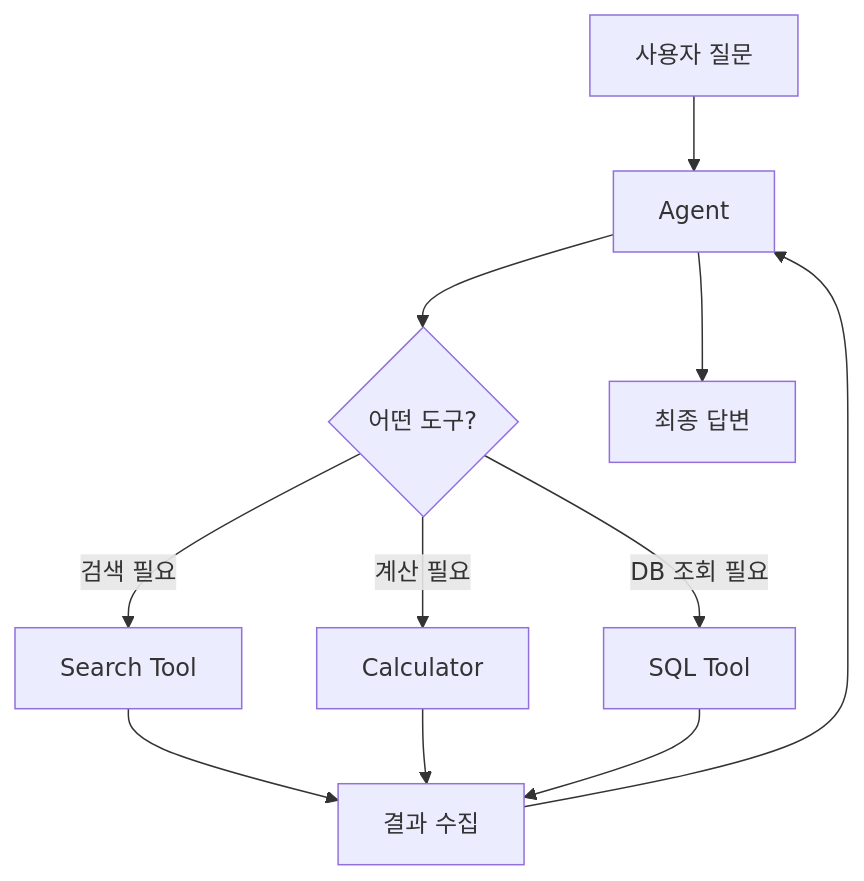
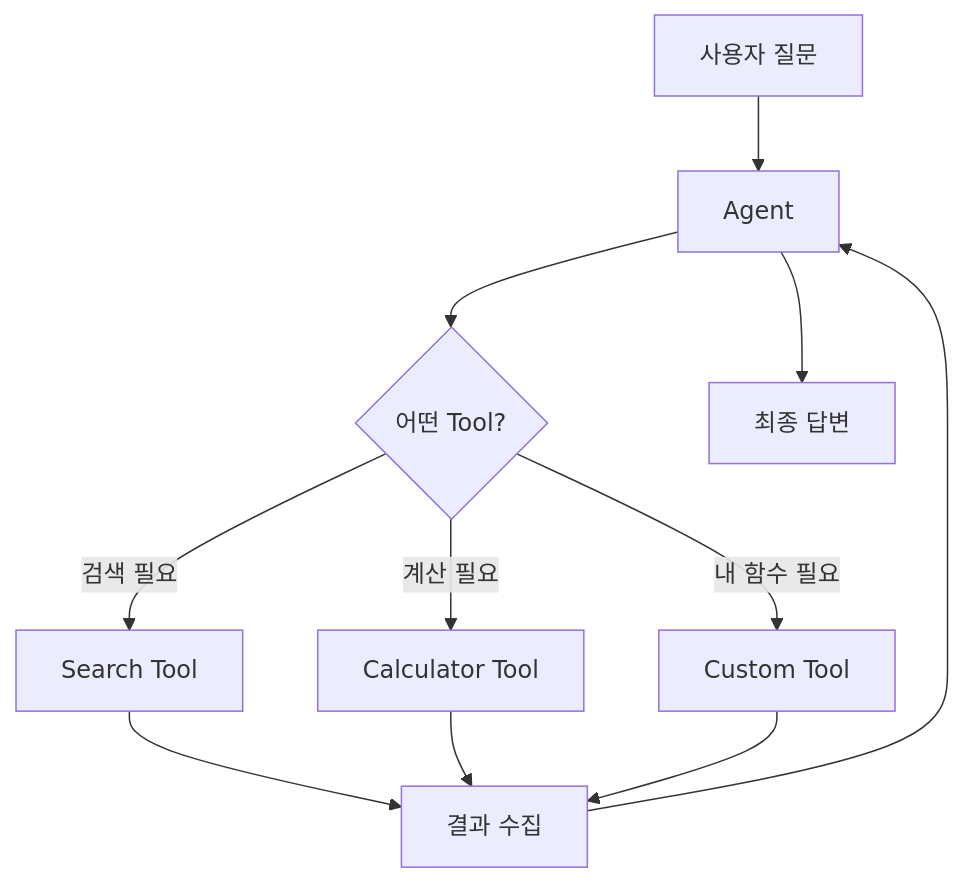
The third of 3 diagrams in langchain/deep-dive.md (seungjun0502/ai-dev-notes), drawn with Mermaid before and after one commit. The commit also changed other lines of this file, not shown here.

````diff
--- a/langchain/deep-dive.md
+++ b/langchain/deep-dive.md
@@ -143,13 +149,13 @@
 ```mermaid
 flowchart TD
-    U[사용자 질문] --> A[Agent]
-    A --> T{어떤 도구?}
-    T -->|검색 필요| S[Search Tool]
-    T -->|계산 필요| C[Calculator]
-    T -->|DB 조회 필요| D[SQL Tool]
-    S --> R[결과 수집]
-    C --> R
-    D --> R
-    R --> A
-    A --> F[최종 답변]
+    A[사용자 질문] --> B[Agent]
+    B --> C{어떤 Tool?}
+    C -->|검색 필요| D[Search Tool]
+    C -->|계산 필요| E[Calculator Tool]
+    C -->|내 함수 필요| F[Custom Tool]
+    D --> G[결과 수집]
+    E --> G
+    F --> G
+    G --> B
+    B --> H[최종 답변]
 ```
````
